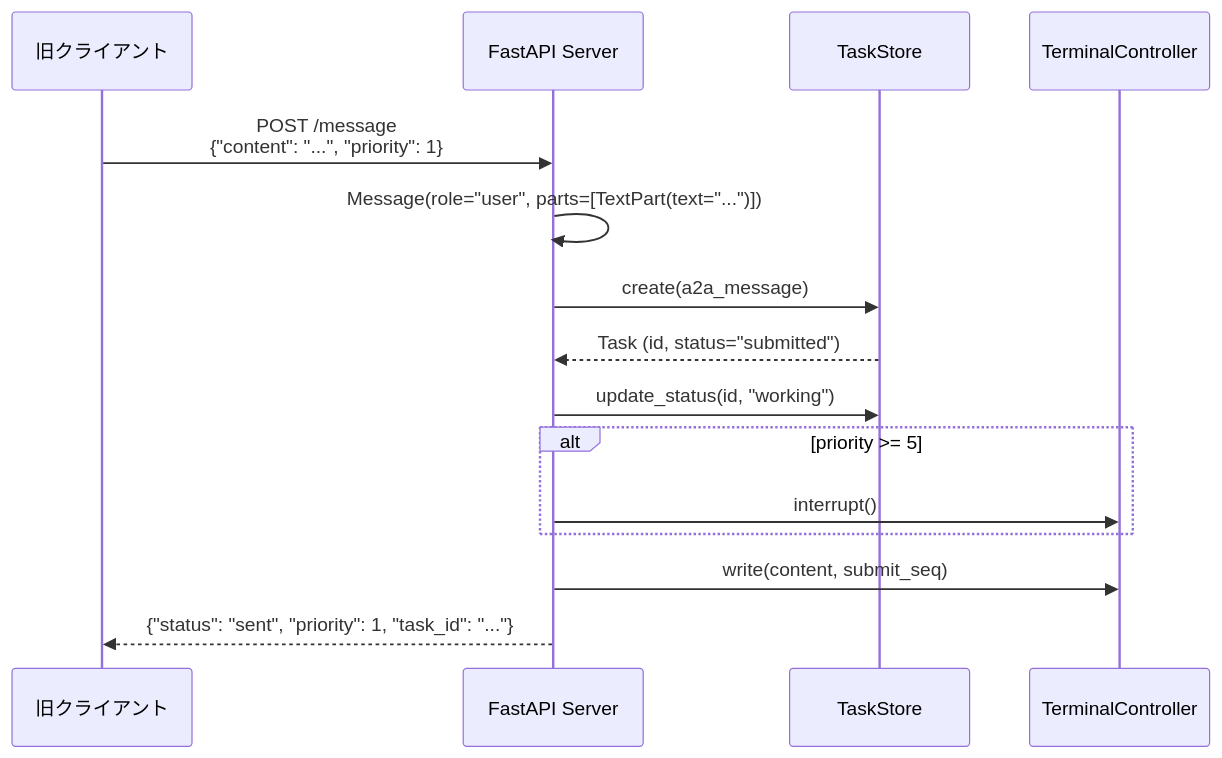
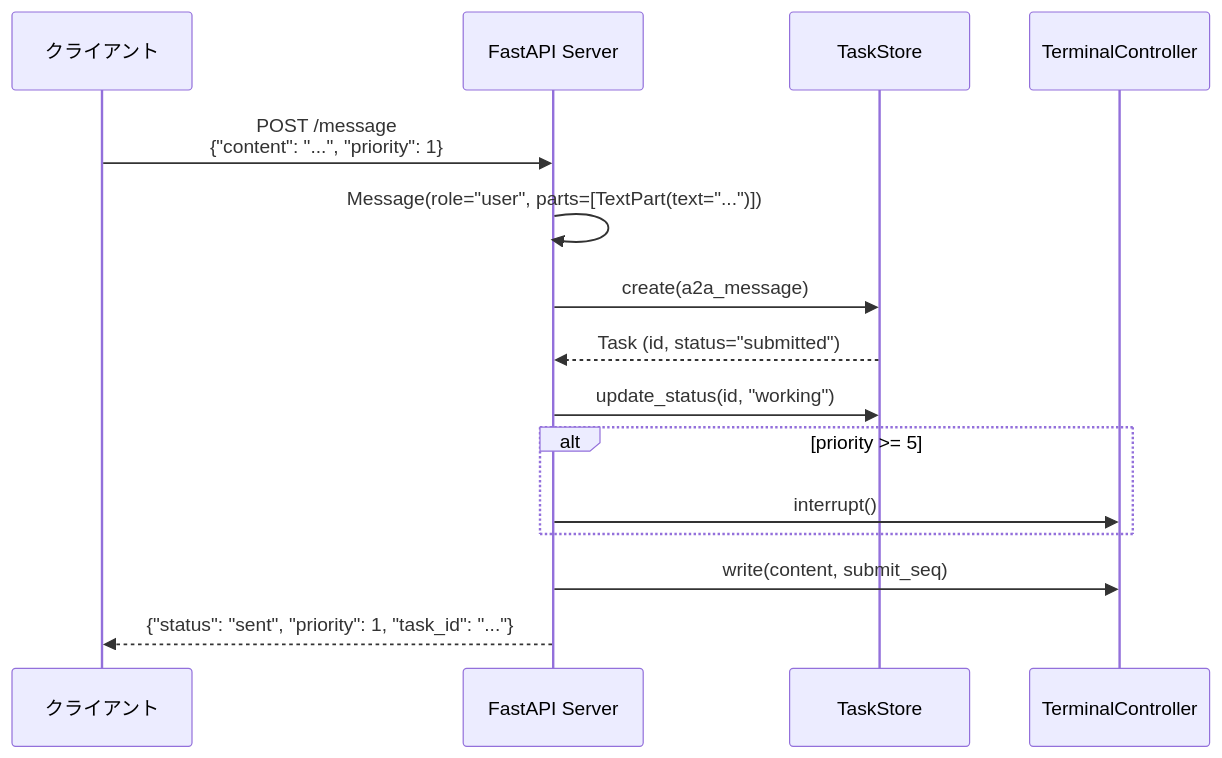
Diagram 14 of 18 in guides/architecture.md (s-hiraoku/synapse-a2a), drawn with Mermaid before and after one commit. The commit also changed other lines of this file and 6 other files, not shown here.

````diff
--- a/guides/architecture.md
+++ b/guides/architecture.md
@@ -545,18 +545,18 @@
 ```mermaid
 sequenceDiagram
-    participant Client as 旧クライアント
+    participant Client as クライアント
     participant Server as FastAPI Server
     participant TaskStore as TaskStore
     participant TC as TerminalController
 
     Client->>Server: POST /message<br/>{"content": "...", "priority": 1}
     Server->>Server: Message(role="user", parts=[TextPart(text="...")])
     Server->>TaskStore: create(a2a_message)
     TaskStore-->>Server: Task (id, status="submitted")
     Server->>TaskStore: update_status(id, "working")
     alt priority >= 5
         Server->>TC: interrupt()
     end
     Server->>TC: write(content, submit_seq)
     Server-->>Client: {"status": "sent", "priority": 1, "task_id": "..."}
 ```
````
